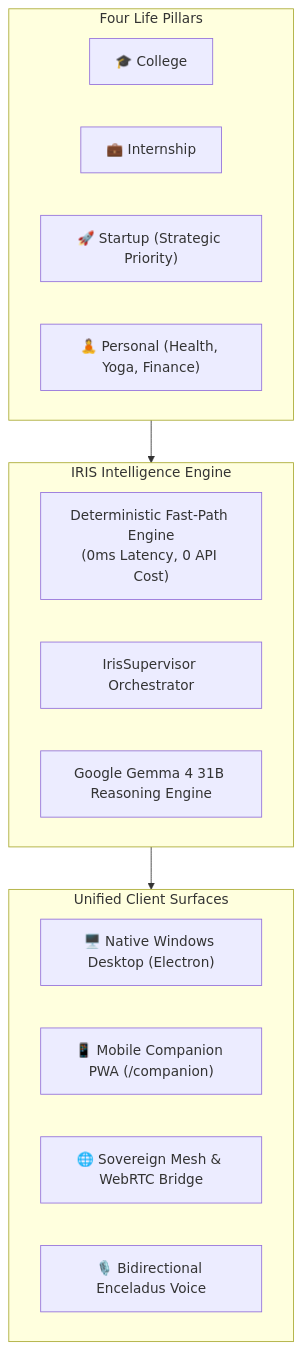
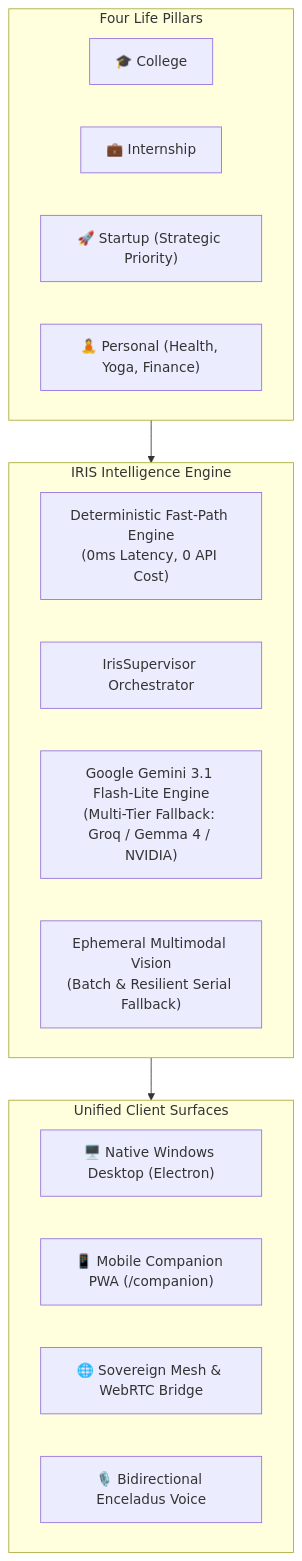
The first of 5 diagrams in KNOWLEDGE_TRANSFER.md (KIRTAN0902/IRIS), drawn with Mermaid before and after one commit. The commit also changed other lines of this file and 23 other files, not shown here.

````diff
--- a/KNOWLEDGE_TRANSFER.md
+++ b/KNOWLEDGE_TRANSFER.md
@@ -37,25 +42,26 @@
 ```mermaid
 flowchart TD
     subgraph LifeAreas ["Four Life Pillars"]
         A["🎓 College"]
         B["💼 Internship"]
         C["🚀 Startup (Strategic Priority)"]
         D["🧘 Personal (Health, Yoga, Finance)"]
     end
 
     subgraph IRISCore ["IRIS Intelligence Engine"]
         FastPath["Deterministic Fast-Path Engine<br/>(0ms Latency, 0 API Cost)"]
         Supervisor["IrisSupervisor Orchestrator"]
-        LLM["Google Gemma 4 31B Reasoning Engine"]
+        LLM["Google Gemini 3.1 Flash-Lite Engine<br/>(Multi-Tier Fallback: Groq / Gemma 4 / NVIDIA)"]
+        Vision["Ephemeral Multimodal Vision<br/>(Batch & Resilient Serial Fallback)"]
     end
 
     subgraph Surfaces ["Unified Client Surfaces"]
         Desktop["🖥️ Native Windows Desktop (Electron)"]
         Mobile["📱 Mobile Companion PWA (/companion)"]
         Mesh["🌐 Sovereign Mesh & WebRTC Bridge"]
         Voice["🎙️ Bidirectional Enceladus Voice"]
     end
 
     LifeAreas --> IRISCore
     IRISCore --> Surfaces
 ```
````
